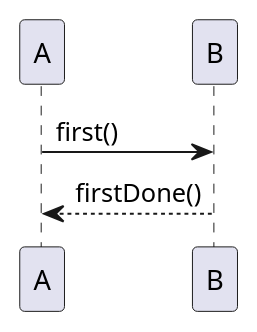
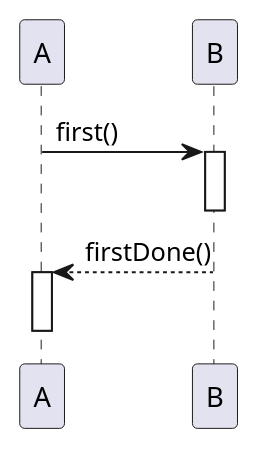
The diagram in SequenceImportProbe/samples/structure-fragment-after.puml (SuperPyonchiX/NextDesign_Script), drawn with PlantUML before and after one commit. The commit also changed 6 other files, not shown here.

```diff
--- a/SequenceImportProbe/samples/structure-fragment-after.puml
+++ b/SequenceImportProbe/samples/structure-fragment-after.puml
@@ -1,6 +1,10 @@
 @startuml
 participant A
 participant B
 A -> B : first()
+activate B
+deactivate B
 B --> A : firstDone()
+activate A
+deactivate A
 @enduml
```
